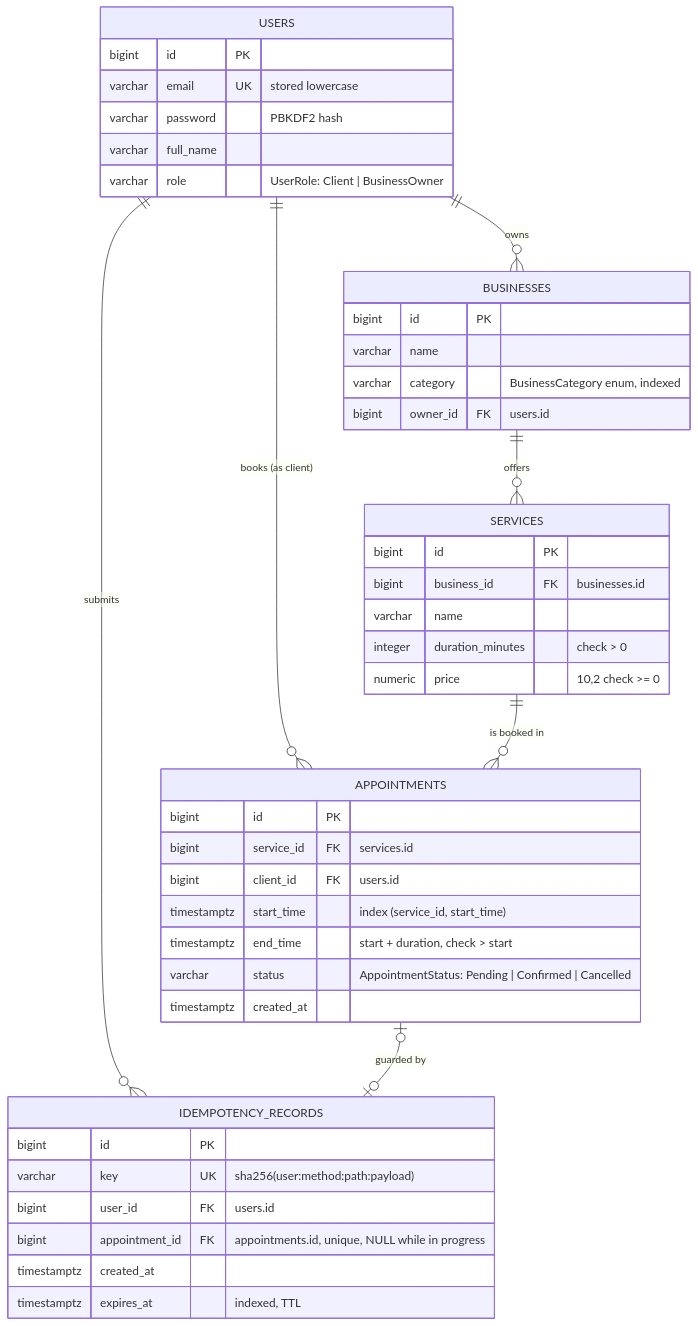
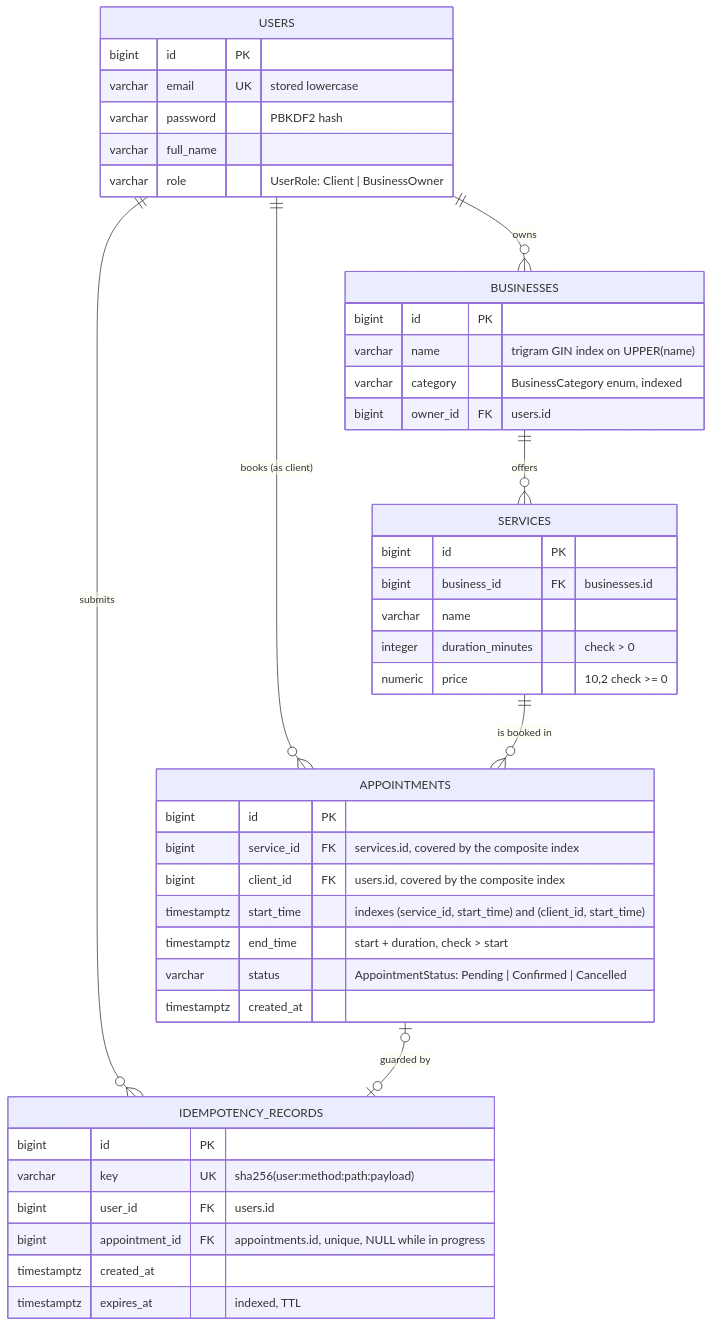
Before and after one commit to YonatanHen/BookItAPI: the diagram in docs/erd.md, drawn with Mermaid. The commit also changed 6 other files, not shown here.

Commit message:
perf(db): add pg_trgm GIN index for business name search and drop FK indexes covered by composites

````diff
--- a/docs/erd.md
+++ b/docs/erd.md
@@ -3,47 +3,47 @@
 ```mermaid
 erDiagram
     USERS ||--o{ BUSINESSES : "owns"
     USERS ||--o{ APPOINTMENTS : "books (as client)"
     BUSINESSES ||--o{ SERVICES : "offers"
     SERVICES ||--o{ APPOINTMENTS : "is booked in"
     USERS ||--o{ IDEMPOTENCY_RECORDS : "submits"
     APPOINTMENTS |o--o| IDEMPOTENCY_RECORDS : "guarded by"
 
     USERS {
         bigint id PK
         varchar email UK "stored lowercase"
         varchar password "PBKDF2 hash"
         varchar full_name
         varchar role "UserRole: Client | BusinessOwner"
     }
     BUSINESSES {
         bigint id PK
-        varchar name
+        varchar name "trigram GIN index on UPPER(name)"
         varchar category "BusinessCategory enum, indexed"
         bigint owner_id FK "users.id"
     }
     SERVICES {
         bigint id PK
         bigint business_id FK "businesses.id"
         varchar name
         integer duration_minutes "check > 0"
         numeric price "10,2 check >= 0"
     }
     APPOINTMENTS {
         bigint id PK
-        bigint service_id FK "services.id"
-        bigint client_id FK "users.id"
-        timestamptz start_time "index (service_id, start_time)"
+        bigint service_id FK "services.id, covered by the composite index"
+        bigint client_id FK "users.id, covered by the composite index"
+        timestamptz start_time "indexes (service_id, start_time) and (client_id, start_time)"
         timestamptz end_time "start + duration, check > start"
         varchar status "AppointmentStatus: Pending | Confirmed | Cancelled"
         timestamptz created_at
     }
     IDEMPOTENCY_RECORDS {
         bigint id PK
         varchar key UK "sha256(user:method:path:payload)"
         bigint user_id FK "users.id"
         bigint appointment_id FK "appointments.id, unique, NULL while in progress"
         timestamptz created_at
         timestamptz expires_at "indexed, TTL"
     }
 ```
````
